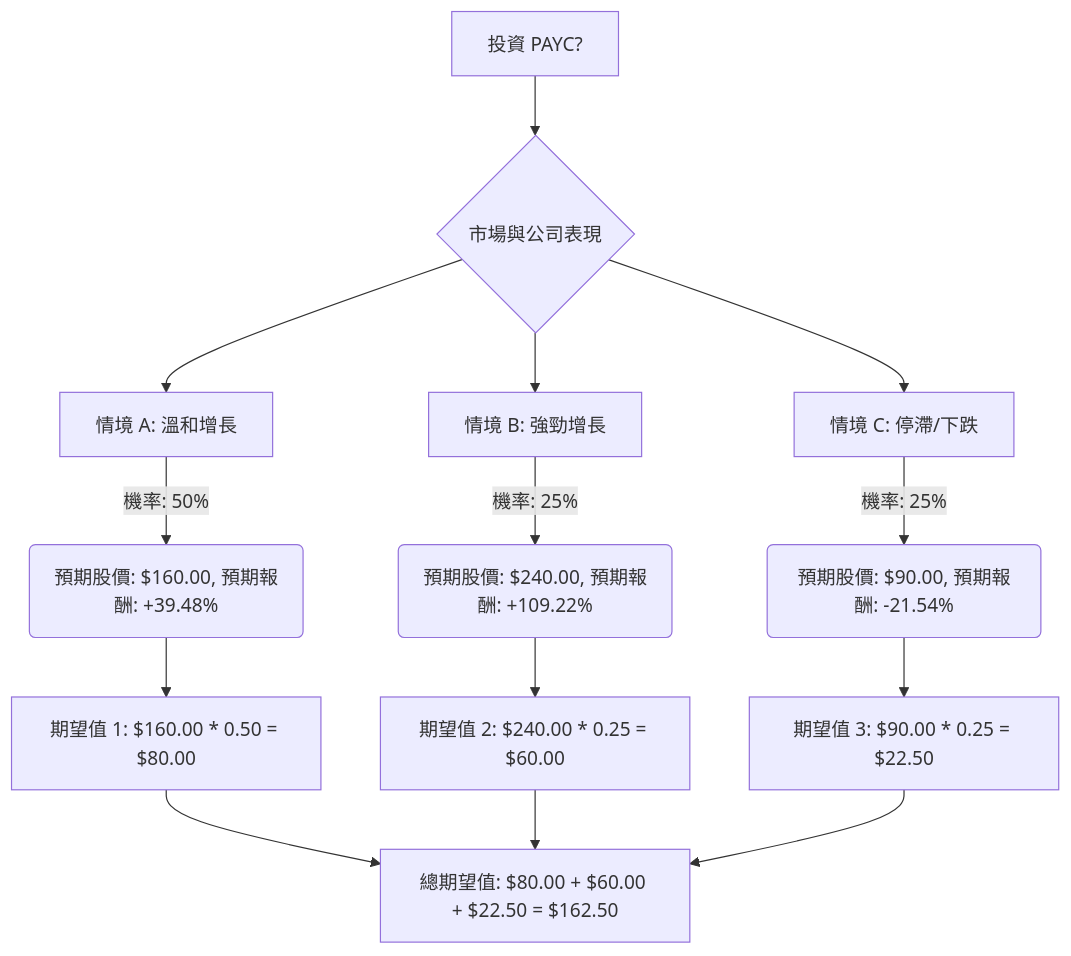
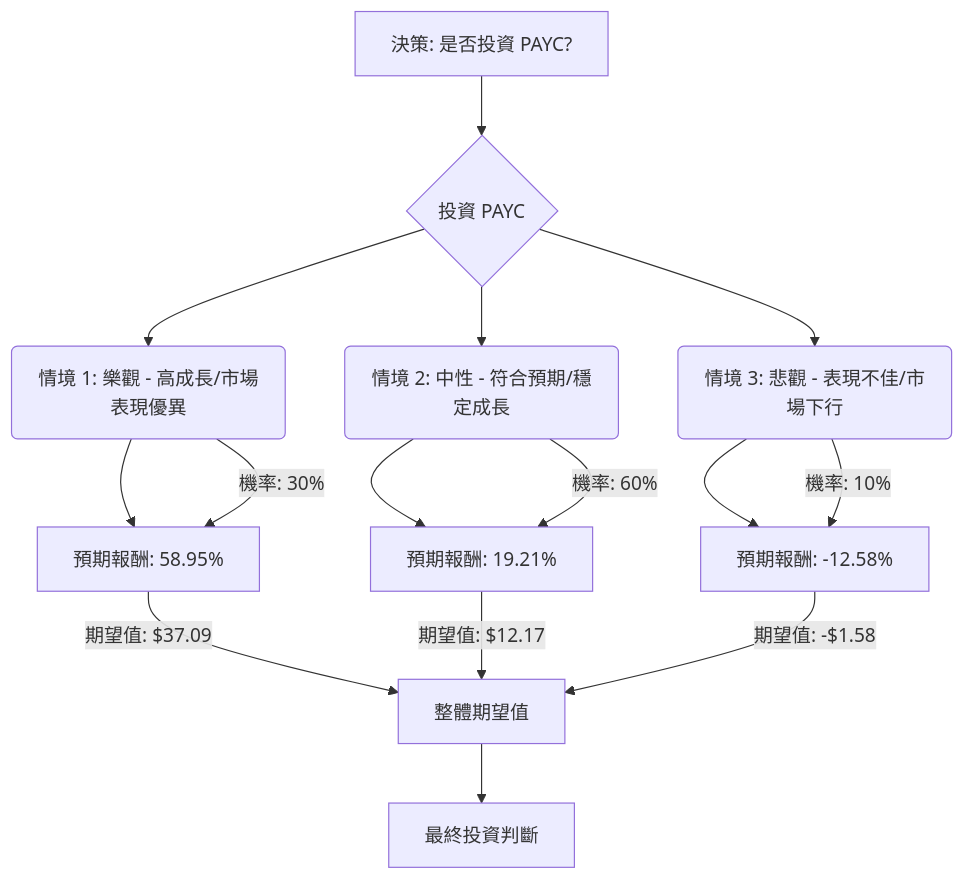
One commit to zmcx16/zmcx16.github.io changed the diagram in plugin-react/ai-analysis/ev-analysis/PAYC.md. Above: the diagram before and after it, drawn with Mermaid. The commit also changed other lines of this file and 76 other files, not shown here.

````diff
--- a/plugin-react/ai-analysis/ev-analysis/PAYC.md
+++ b/plugin-react/ai-analysis/ev-analysis/PAYC.md
@@ -18,19 +17,20 @@
 ```mermaid
 graph TD
-    A[投資 PAYC?] --> B{市場與公司表現}
+    A[決策: 是否投資 PAYC?] --> B{投資 PAYC}
+    B --> C1(情境 1: 樂觀 - 高成長/市場表現優異)
+    B --> C2(情境 2: 中性 - 符合預期/穩定成長)
+    B --> C3(情境 3: 悲觀 - 表現不佳/市場下行)
 
-    B --> B1[情境 A: 溫和增長]
-    B1 -- 機率: 50% --> B1_Outcome(預期股價: $160.00, 預期報酬: +39.48%)
+    C1 --> D1[預期報酬: 58.95%]
+    C2 --> D2[預期報酬: 19.21%]
+    C3 --> D3[預期報酬: -12.58%]
 
-    B --> B2[情境 B: 強勁增長]
-    B2 -- 機率: 25% --> B2_Outcome(預期股價: $240.00, 預期報酬: +109.22%)
+    C1 -- 機率: 30% --> D1
+    C2 -- 機率: 60% --> D2
+    C3 -- 機率: 10% --> D3
 
-    B --> B3[情境 C: 停滯/下跌]
-    B3 -- 機率: 25% --> B3_Outcome(預期股價: $90.00, 預期報酬: -21.54%)
-
-    B1_Outcome --> EV1[期望值 1: $160.00 * 0.50 = $80.00]
-    B2_Outcome --> EV2[期望值 2: $240.00 * 0.25 = $60.00]
-    B3_Outcome --> EV3[期望值 3: $90.00 * 0.25 = $22.50]
-
-    EV1 & EV2 & EV3 --> TotalEV[總期望值: $80.00 + $60.00 + $22.50 = $162.50]
+    D1 -- 期望值: $37.09 --> E[整體期望值]
+    D2 -- 期望值: $12.17 --> E
+    D3 -- 期望值: -$1.58 --> E
+    E --> F[最終投資判斷]
 ```
````
